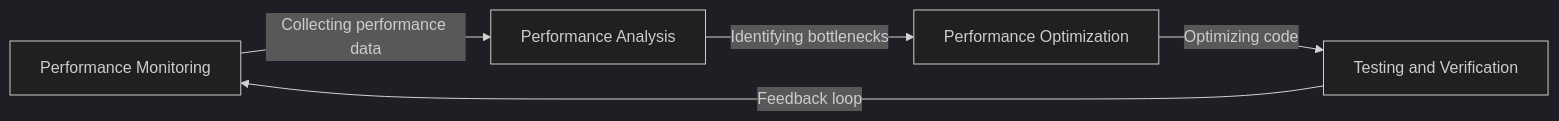
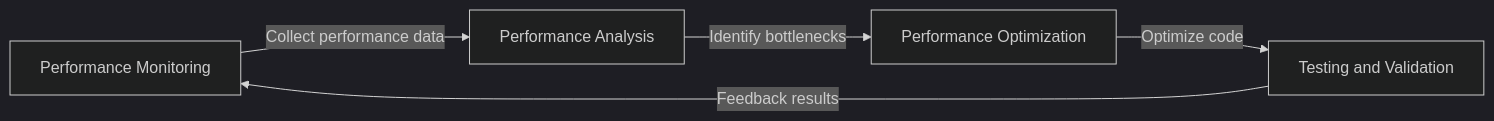
The diagram in src/content/posts/learning/2026-05-01-3OLgIrybVgs.en.md (a920604a/engineernews), drawn with Mermaid (dark theme) before and after one commit. The commit also changed other lines of this file and 49 other files, not shown here.

````diff
--- a/src/content/posts/learning/2026-05-01-3OLgIrybVgs.en.md
+++ b/src/content/posts/learning/2026-05-01-3OLgIrybVgs.en.md
@@ -32,7 +24,7 @@
 ```mermaid
 graph LR
-    A[Performance Monitoring] -->|"Collecting performance data"| B[Performance Analysis]
-    B -->|"Identifying bottlenecks"| C[Performance Optimization]
-    C -->|"Optimizing code"| D[Testing and Verification]
-    D -->|"Feedback loop"| A
+    A[Performance Monitoring] -->|"Collect performance data"| B[Performance Analysis]
+    B -->|"Identify bottlenecks"| C[Performance Optimization]
+    C -->|"Optimize code"| D[Testing and Validation]
+    D -->|"Feedback results"| A
 ```
````
